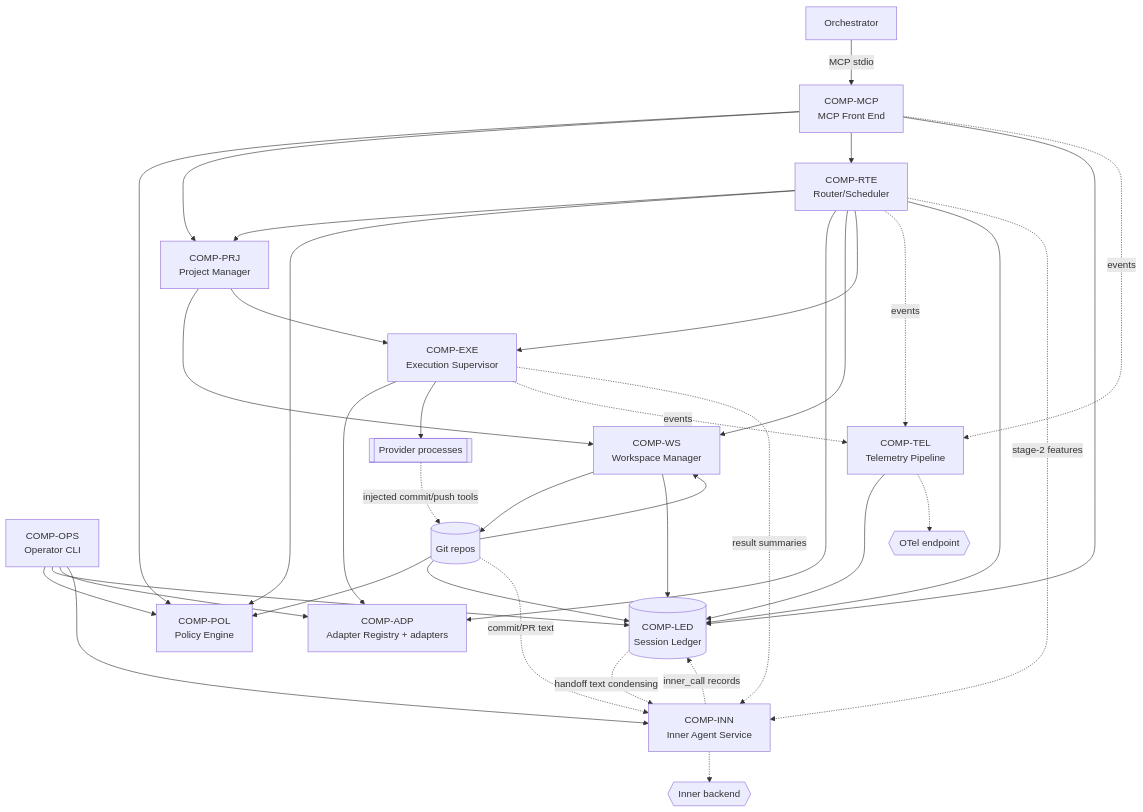
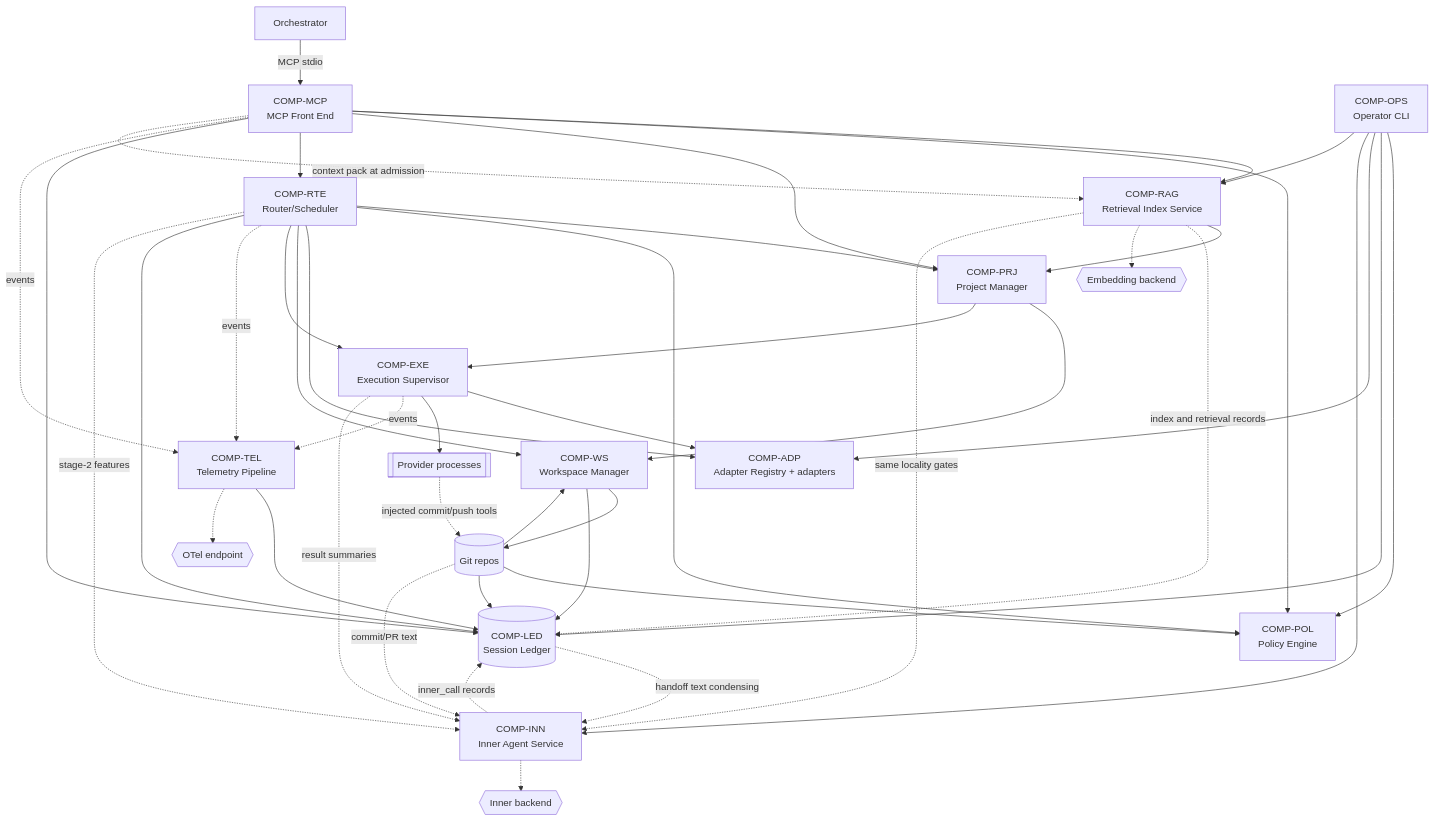
One commit to zemdregon/switchboard changed the second of 9 diagrams in docs/design/HLD.md. Above: the diagram before and after it, drawn with Mermaid. The commit also changed other lines of this file and 11 other files, not shown here.

First line of the commit message:
Add retrieval index (RAG) and provider/model affinity to the specification set (owner decision 40)

````diff
--- a/docs/design/HLD.md
+++ b/docs/design/HLD.md
@@ -93,40 +93,47 @@
 ```mermaid
 flowchart TB
     ORCH[Orchestrator] -->|MCP stdio| MCP
     OPS[COMP-OPS<br/>Operator CLI] --> POL
     OPS --> LED
     OPS --> ADP
     OPS --> INN
+    OPS --> RAG
+    MCP --> RAG
     MCP[COMP-MCP<br/>MCP Front End] --> POL[COMP-POL<br/>Policy Engine]
     MCP --> PRJ[COMP-PRJ<br/>Project Manager]
     RTE --> PRJ
     PRJ --> WS
     PRJ --> EXE
     PROC -. injected commit/push tools .-> GIT[COMP-GIT<br/>Git Publisher]
     GIT --> POL
     GIT --> WS
     GIT --> LED
     MCP --> RTE[COMP-RTE<br/>Router/Scheduler]
     MCP --> LED[(COMP-LED<br/>Session Ledger)]
     RTE --> POL
     RTE --> ADP[COMP-ADP<br/>Adapter Registry + adapters]
     RTE --> WS[COMP-WS<br/>Workspace Manager]
     RTE --> EXE[COMP-EXE<br/>Execution Supervisor]
     EXE --> ADP
     EXE --> PROC[[Provider processes]]
     WS --> GIT[(Git repos)]
     MCP -. events .-> TEL
     RTE -. events .-> TEL
     EXE -. events .-> TEL
     TEL[COMP-TEL<br/>Telemetry Pipeline] --> LED
     TEL -.-> OTEL{{OTel endpoint}}
     RTE --> LED
     WS --> LED
     GIT -. "commit/PR text" .-> INN
     RTE -. "stage-2 features" .-> INN
     EXE -. "result summaries" .-> INN
     LED -. "handoff text condensing" .-> INN
     INN[COMP-INN<br/>Inner Agent Service]
     INN -. "inner_call records" .-> LED
     INN -.-> INNER{{Inner backend}}
+    MCP -. "context pack at admission" .-> RAG[COMP-RAG<br/>Retrieval Index Service]
+    RAG --> PRJ
+    RAG -. "index and retrieval records" .-> LED
+    RAG -.-> EMB{{Embedding backend}}
+    RAG -. "same locality gates" .-> INN
 ```
````
